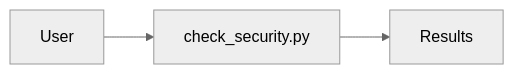
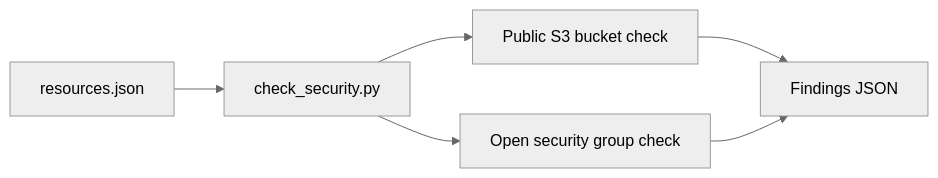
Before and after one commit to juangedaan/cloud-security-governance-checks: the diagram in README.md, drawn with Mermaid (neutral theme).

Commit message:
Enrich README mermaid diagram to show actual check flow
Replace the trivial User -> script -> Results diagram with the real
data flow: resources.json feeds check_security.py, which evaluates the
public S3 bucket and open security group rules and emits findings JSON.

````diff
--- a/README.md
+++ b/README.md
@@ -9,5 +9,8 @@
 ```mermaid
 flowchart LR
-    User --> Script[check_security.py]
-    Script --> Output[Results]
+    Data[resources.json] --> Script[check_security.py]
+    Script --> S3[Public S3 bucket check]
+    Script --> SG[Open security group check]
+    S3 --> Findings[Findings JSON]
+    SG --> Findings
 ```
````
